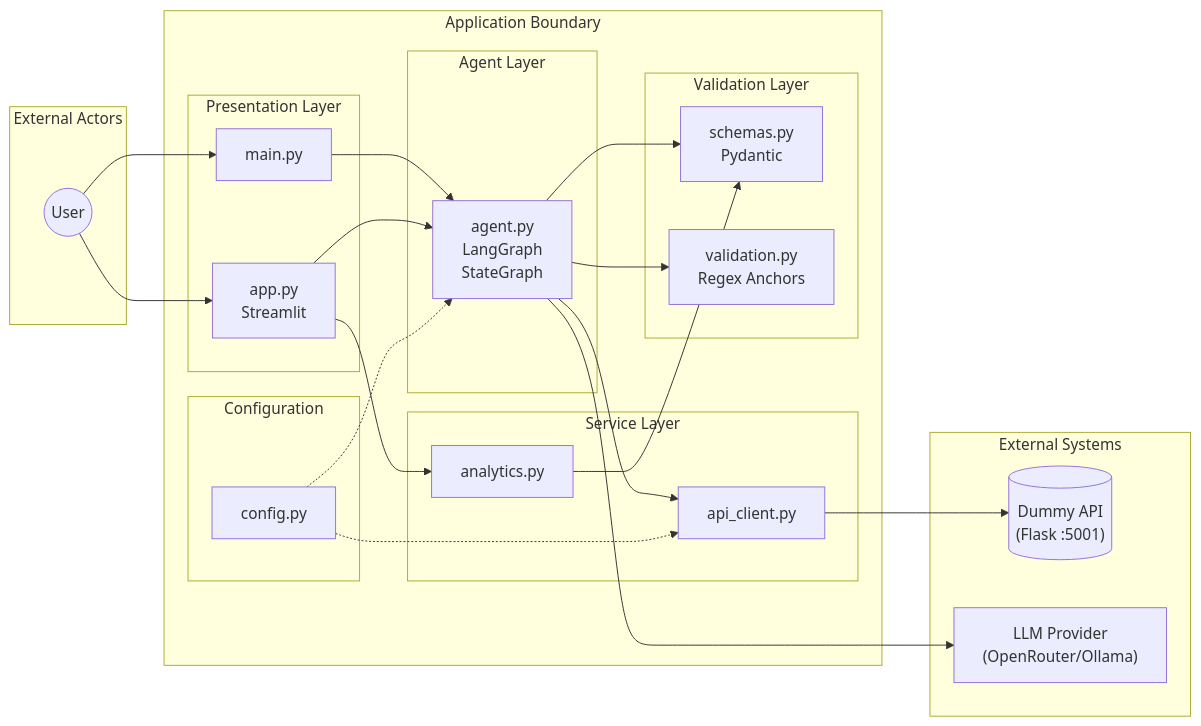
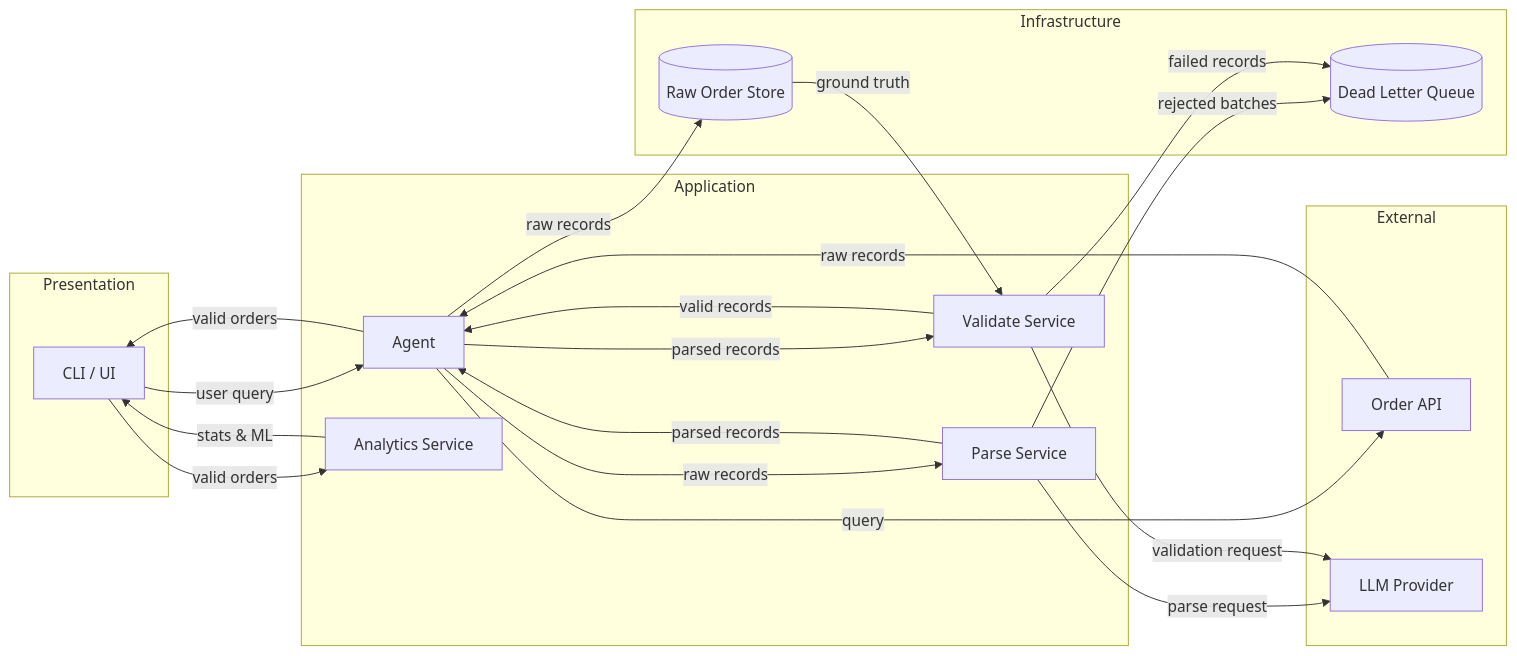
One commit to JasonsRaftAccount/raft-challenge changed the first of 3 diagrams in README.md. Above: the diagram before and after it, drawn with Mermaid. The commit also changed other lines of this file and 14 other files, not shown here.

````diff
--- a/README.md
+++ b/README.md
@@ -118,50 +79,46 @@
 ```mermaid
 flowchart LR
-    subgraph External Actors
-        USER((User))
+    subgraph Presentation
+        ENTRY[CLI / UI]
     end
 
-    subgraph External Systems
-        API_EXT[("Dummy API<br>(Flask :5001)")]
-        LLM_EXT["LLM Provider<br>(OpenRouter/Ollama)"]
+    subgraph Application
+        AGENT[Agent]
+        ANALYTICS[Analytics Service]
+        PARSER[Parse Service]
+        VALIDATOR[Validate Service]
     end
 
-    subgraph Application Boundary
-        subgraph Presentation Layer
-            CLI[main.py]
-            UI[app.py<br>Streamlit]
-        end
-
-        subgraph Agent Layer
-            AGENT[agent.py<br>LangGraph<br>StateGraph]
-        end
-
-        subgraph Service Layer
-            CLIENT[api_client.py]
-            ANALYTICS[analytics.py]
-        end
-
-        subgraph Validation Layer
-            SCHEMAS[schemas.py<br>Pydantic]
-            REGEX[validation.py<br>Regex Anchors]
-        end
-
-        subgraph Configuration
-            CONFIG[config.py]
-        end
+    subgraph Infrastructure
+        STORE[(Raw Order Store)]
+        DLQ[(Dead Letter Queue)]
     end
 
-    USER --> CLI
-    USER --> UI
-    CLI --> AGENT
-    UI --> AGENT
-    UI --> ANALYTICS
-    AGENT --> CLIENT
-    AGENT --> SCHEMAS
-    AGENT --> REGEX
-    CLIENT --> API_EXT
-    AGENT --> LLM_EXT
-    CONFIG -.-> AGENT
-    CONFIG -.-> CLIENT
-    ANALYTICS --> SCHEMAS
+    subgraph External
+        API[Order API]
+        LLM[LLM Provider]
+    end
+
+    ENTRY -- user query --> AGENT
+    AGENT -- valid orders --> ENTRY
+    ENTRY -- valid orders --> ANALYTICS
+    ANALYTICS -- stats & ML --> ENTRY
+
+    AGENT -- query --> API
+    API -- raw records --> AGENT
+    AGENT -- raw records --> STORE
+    AGENT -- raw records --> PARSER
+    PARSER -- parse request --> LLM
+    PARSER -- parsed records --> AGENT
+    PARSER -- rejected batches --> DLQ
+
+    AGENT -- parsed records --> VALIDATOR
+    VALIDATOR -- validation request --> LLM
+    VALIDATOR -- valid records --> AGENT
+    VALIDATOR -- failed records --> DLQ
+    STORE -- ground truth --> VALIDATOR
+
+    Presentation ~~~ Application
+    Application ~~~ External
+    Application ~~~ Infrastructure
 ```
````
